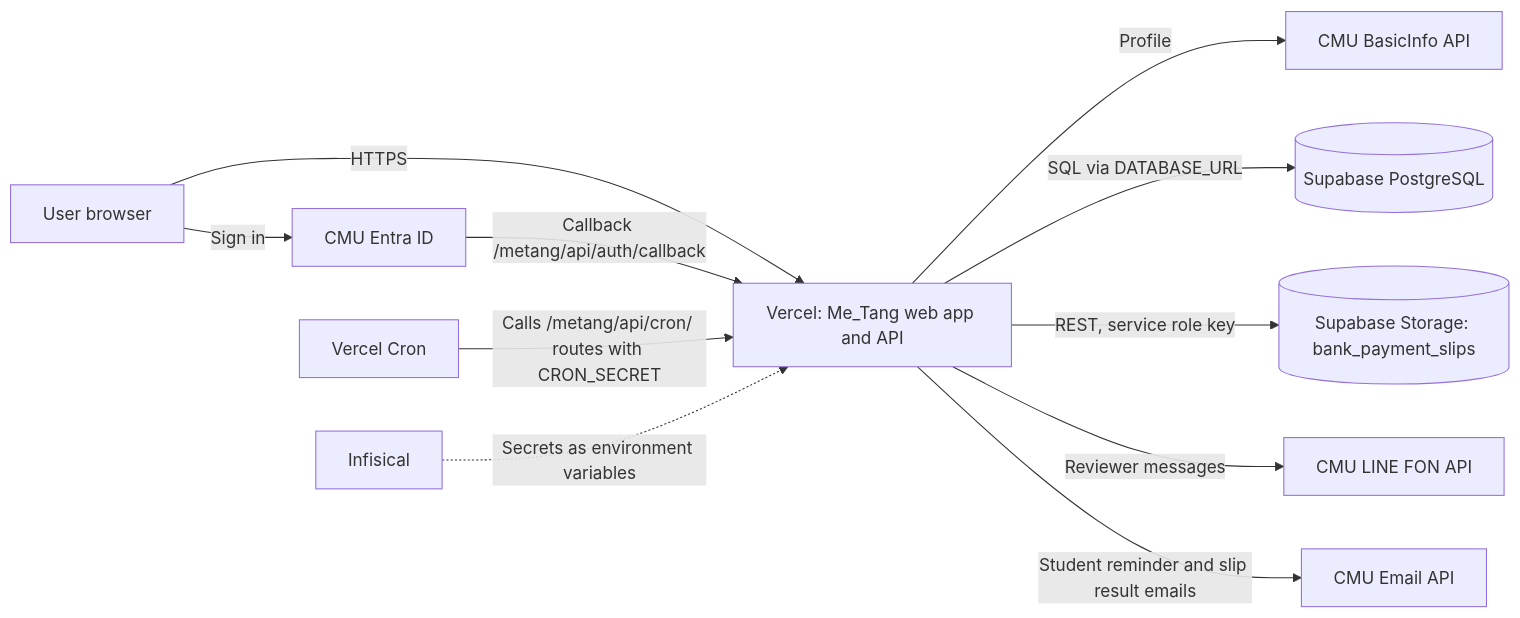
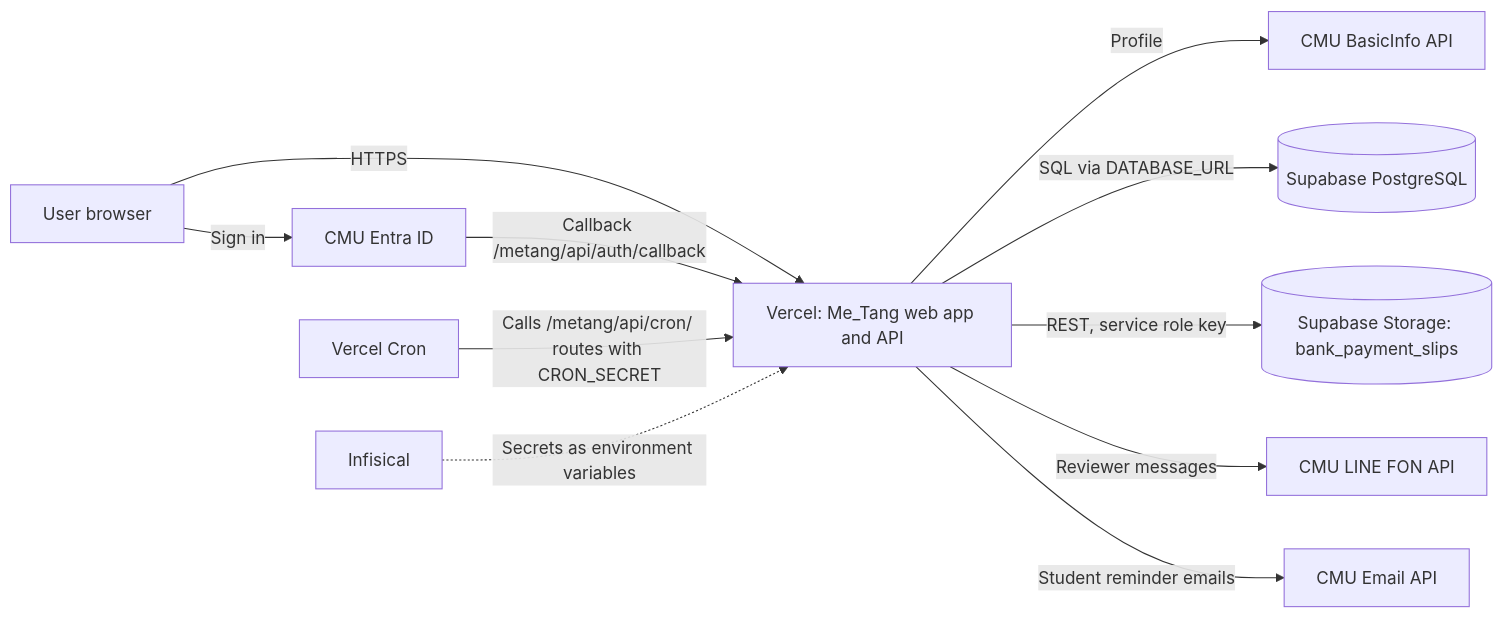
The diagram in docs/documentation/maintenance-guide.md (SE67-Metang-s-Project/metang), drawn with Mermaid before and after one commit. The commit also changed other lines of this file and 2 other files, not shown here.

First line of the commit message:
docs(guide): match the guide and manuals to the identity and email changes

````diff
--- a/docs/documentation/maintenance-guide.md
+++ b/docs/documentation/maintenance-guide.md
@@ -119,13 +119,13 @@
 ```mermaid
 flowchart LR
   U[User browser] -->|HTTPS| V[Vercel: Me_Tang web app and API]
   U -->|Sign in| E[CMU Entra ID]
   E -->|Callback /metang/api/auth/callback| V
   V -->|Profile| B[CMU BasicInfo API]
   V -->|SQL via DATABASE_URL| D[(Supabase PostgreSQL)]
   V -->|REST, service role key| S[(Supabase Storage: bank_payment_slips)]
   C[Vercel Cron] -->|Calls /metang/api/cron/ routes with CRON_SECRET| V
   V -->|Reviewer messages| L[CMU LINE FON API]
-  V -->|Student reminder and slip result emails| M[CMU Email API]
+  V -->|Student reminder emails| M[CMU Email API]
   I[Infisical] -.->|Secrets as environment variables| V
 ```
````
